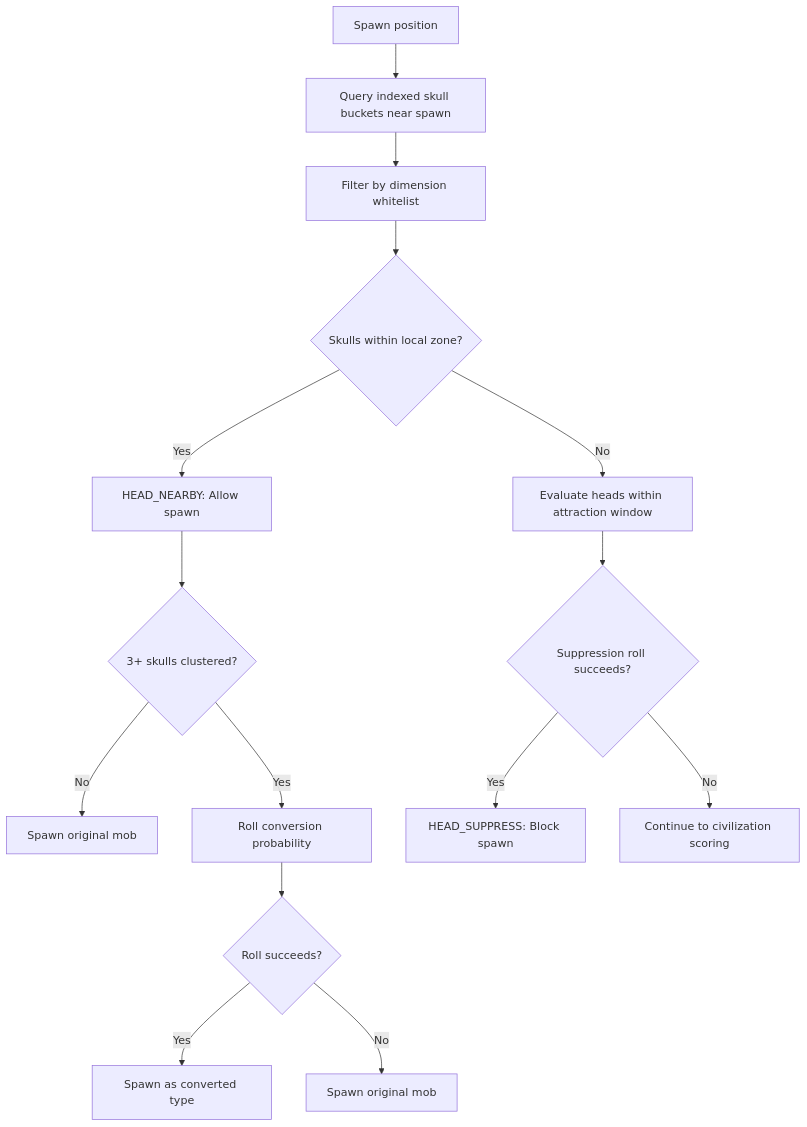
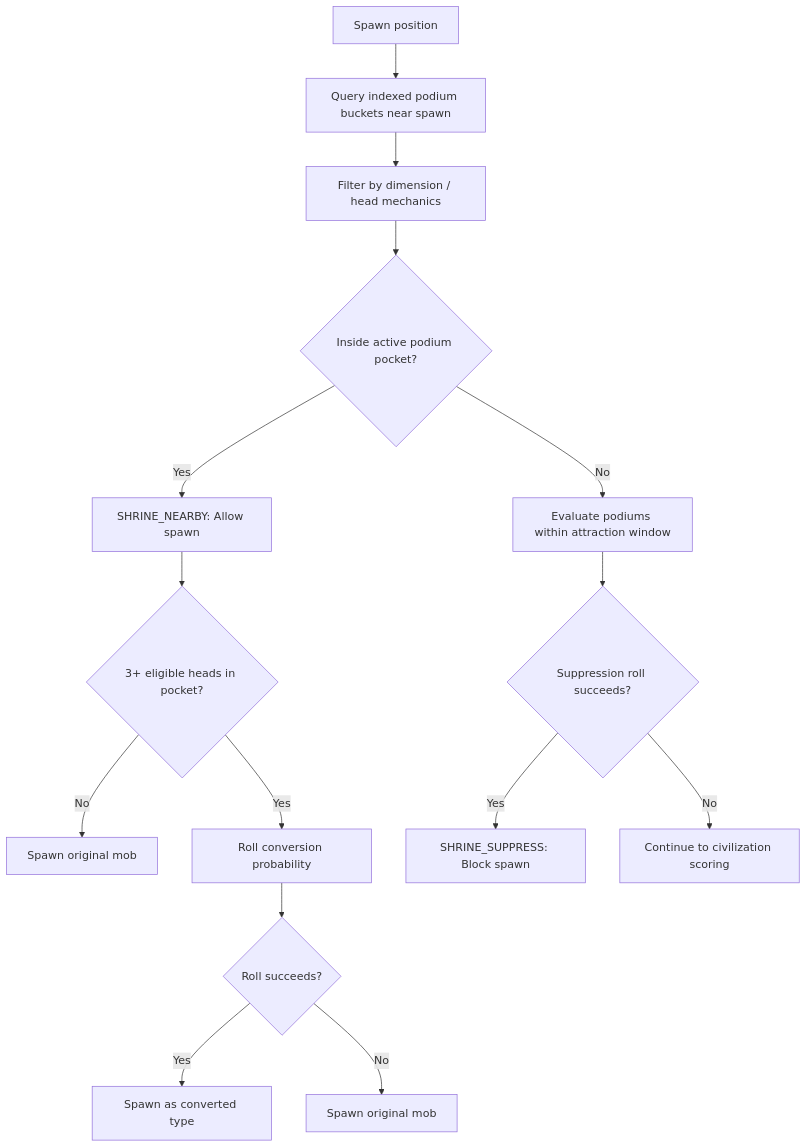
One commit to MaoxnZ/Civillis changed the fourth of 6 diagrams in docs/technical/architecture.md. Above: the diagram before and after it, drawn with Mermaid. The commit also changed other lines of this file and 19 other files, not shown here.

````diff
--- a/docs/technical/architecture.md
+++ b/docs/technical/architecture.md
@@ -142,28 +148,28 @@
 ```mermaid
 flowchart TD
     SpawnPos["Spawn position"]
-    ScanHeads["Query indexed skull buckets near spawn"]
-    DimFilter["Filter by dimension whitelist"]
-    LocalZone{Skulls within local zone?}
-    AllowSpawn["HEAD_NEARBY: Allow spawn"]
-    CountHeads{"3+ skulls clustered?"}
+    ScanHeads["Query indexed podium buckets near spawn"]
+    DimFilter["Filter by dimension / head mechanics"]
+    LocalZone{Inside active podium pocket?}
+    AllowSpawn["SHRINE_NEARBY: Allow spawn"]
+    CountHeads{"3+ eligible heads in pocket?"}
     NoConvert["Spawn original mob"]
     RollConvert["Roll conversion probability"]
     ConvertSuccess{Roll succeeds?}
     SpawnConverted["Spawn as converted type"]
     SpawnOriginal["Spawn original mob"]
-    DistantCalc["Evaluate heads within attraction window"]
+    DistantCalc["Evaluate podiums within attraction window"]
     SuppressRoll{Suppression roll succeeds?}
-    BlockSpawn["HEAD_SUPPRESS: Block spawn"]
+    BlockSpawn["SHRINE_SUPPRESS: Block spawn"]
     ContinueToCiv["Continue to civilization scoring"]
 
     SpawnPos --> ScanHeads --> DimFilter --> LocalZone
     LocalZone -->|Yes| AllowSpawn --> CountHeads
     CountHeads -->|No| NoConvert
     CountHeads -->|Yes| RollConvert --> ConvertSuccess
     ConvertSuccess -->|Yes| SpawnConverted
     ConvertSuccess -->|No| SpawnOriginal
     LocalZone -->|No| DistantCalc --> SuppressRoll
     SuppressRoll -->|Yes| BlockSpawn
     SuppressRoll -->|No| ContinueToCiv
 ```
````
